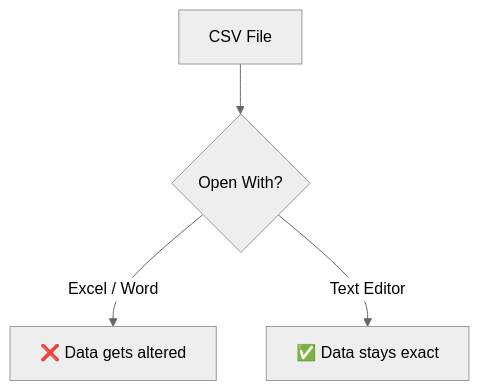
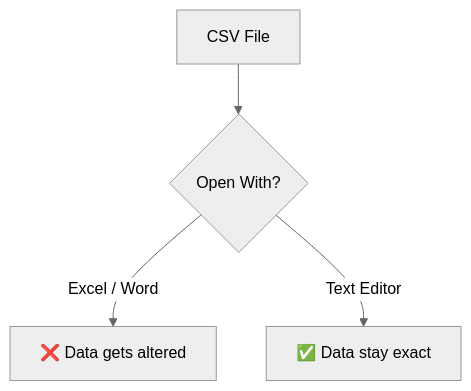
The second of 3 diagrams in Practical SQL/chap_1.md (Furba2/Obsidian), drawn with Mermaid (neutral theme) before and after one commit. The commit also changed other lines of this file and 2 other files, not shown here.

````diff
--- a/Practical SQL/chap_1.md
+++ b/Practical SQL/chap_1.md
@@ -31,6 +12,6 @@
 ```mermaid
 flowchart TD
     A[CSV File] --> B{Open With?}
     B -->|Excel / Word| C[❌ Data gets altered]
-    B -->|Text Editor| D[✅ Data stays exact]
+    B -->|Text Editor| D[✅ Data stay exact]
 ```
````
